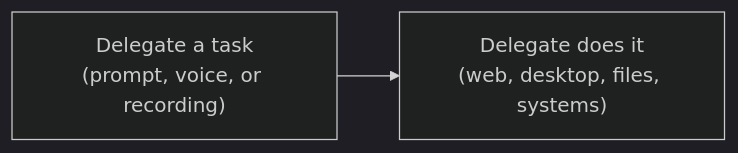
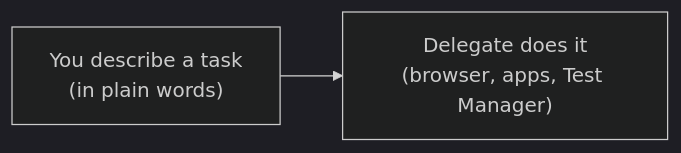
Before and after one commit to UiPath-Technical-Partner-Success/AgenticTestingForBusinessUsers1Day: the diagram in docs/module-0-prerequisites/index.md, drawn with Mermaid (dark theme). The commit also changed other lines of this file and 37 other files, not shown here.

````diff
--- a/docs/module-0-prerequisites/index.md
+++ b/docs/module-0-prerequisites/index.md
@@ -168,4 +50,4 @@
 ```mermaid
 flowchart LR
-    A["Delegate a task<br/>(prompt, voice, or recording)"] --> B["Delegate does it<br/>(web, desktop, files, systems)"]
+    A["You describe a task<br/>(in plain words)"] --> B["Delegate does it<br/>(browser, apps, Test Manager)"]
 ```
````
